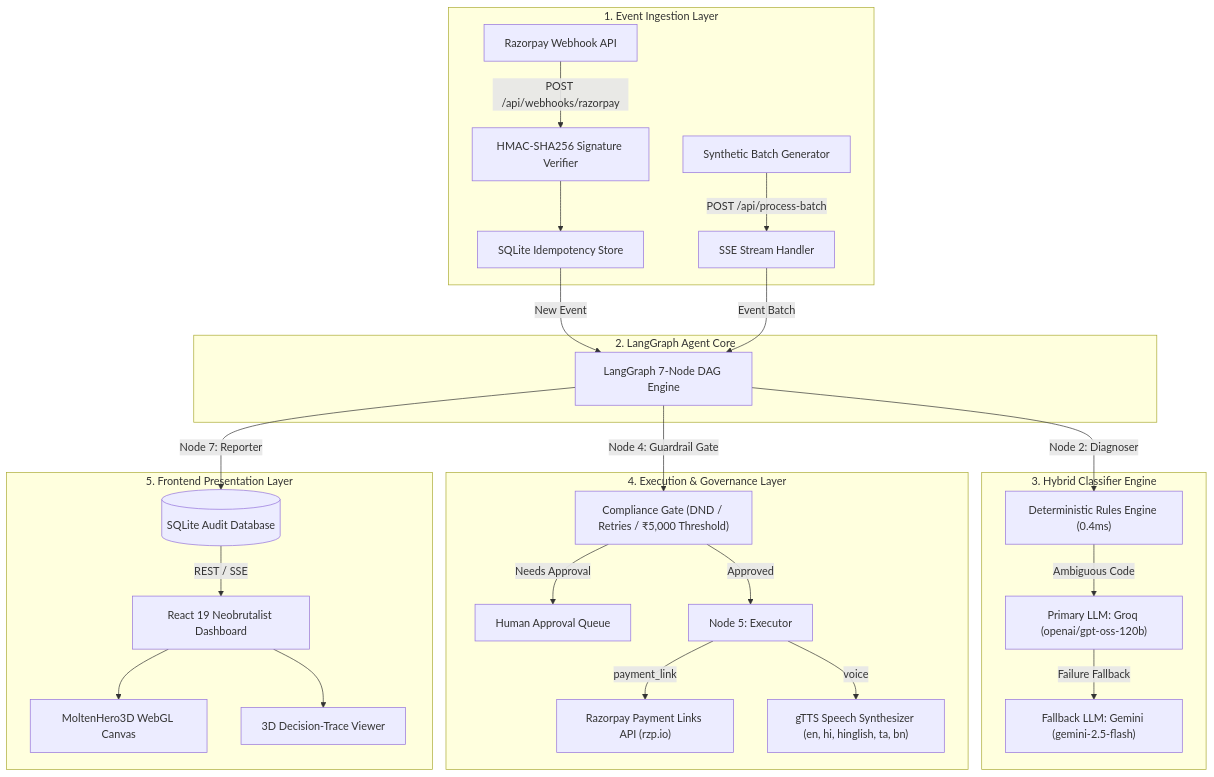
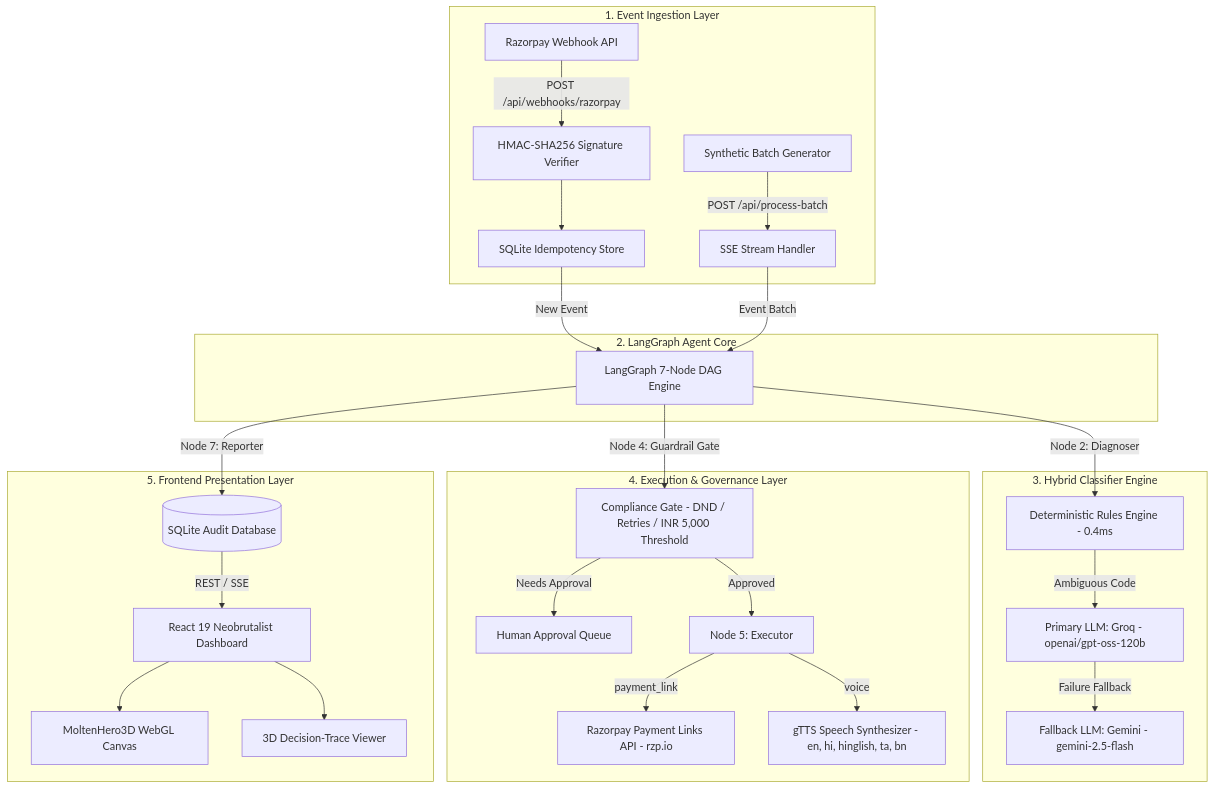
Before and after one commit to ankan123basu/vaapsi-agent: the first of 4 diagrams in docs/architecture.md, drawn with Mermaid. The commit also changed other lines of this file and 1 other file, not shown here.

Commit message:
fix: resolve Mermaid diagram syntax errors and embed all 4 diagrams in README

````diff
--- a/docs/architecture.md
+++ b/docs/architecture.md
@@ -21,34 +21,34 @@
 ```mermaid
 graph TD
     subgraph Ingestion ["1. Event Ingestion Layer"]
         RZP["Razorpay Webhook API"] -->|POST /api/webhooks/razorpay| VERIFY["HMAC-SHA256 Signature Verifier"]
         SYN["Synthetic Batch Generator"] -->|POST /api/process-batch| STREAM["SSE Stream Handler"]
         VERIFY --> DUP["SQLite Idempotency Store"]
     end
 
     subgraph Core ["2. LangGraph Agent Core"]
         DUP -->|New Event| DAG["LangGraph 7-Node DAG Engine"]
         STREAM -->|Event Batch| DAG
     end
 
     subgraph Classifiers ["3. Hybrid Classifier Engine"]
-        DAG -->|Node 2: Diagnoser| RULES["Deterministic Rules Engine (0.4ms)"]
-        RULES -->|Ambiguous Code| GROQ["Primary LLM: Groq (openai/gpt-oss-120b)"]
-        GROQ -->|Failure Fallback| GEMINI["Fallback LLM: Gemini (gemini-2.5-flash)"]
+        DAG -->|Node 2: Diagnoser| RULES["Deterministic Rules Engine - 0.4ms"]
+        RULES -->|Ambiguous Code| GROQ["Primary LLM: Groq - openai/gpt-oss-120b"]
+        GROQ -->|Failure Fallback| GEMINI["Fallback LLM: Gemini - gemini-2.5-flash"]
     end
 
     subgraph Actions ["4. Execution & Governance Layer"]
-        DAG -->|Node 4: Guardrail Gate| GATE["Compliance Gate (DND / Retries / ₹5,000 Threshold)"]
+        DAG -->|Node 4: Guardrail Gate| GATE["Compliance Gate - DND / Retries / INR 5,000 Threshold"]
         GATE -->|Needs Approval| QUEUE["Human Approval Queue"]
         GATE -->|Approved| EXEC["Node 5: Executor"]
-        EXEC -->|payment_link| RZP_API["Razorpay Payment Links API (rzp.io)"]
-        EXEC -->|voice| GTTS["gTTS Speech Synthesizer (en, hi, hinglish, ta, bn)"]
+        EXEC -->|payment_link| RZP_API["Razorpay Payment Links API - rzp.io"]
+        EXEC -->|voice| GTTS["gTTS Speech Synthesizer - en, hi, hinglish, ta, bn"]
     end
 
     subgraph Presentation ["5. Frontend Presentation Layer"]
         DAG -->|Node 7: Reporter| DB[("SQLite Audit Database")]
         DB -->|REST / SSE| DASH["React 19 Neobrutalist Dashboard"]
         DASH --> THREE["MoltenHero3D WebGL Canvas"]
         DASH --> TRACE["3D Decision-Trace Viewer"]
     end
 ```
````
